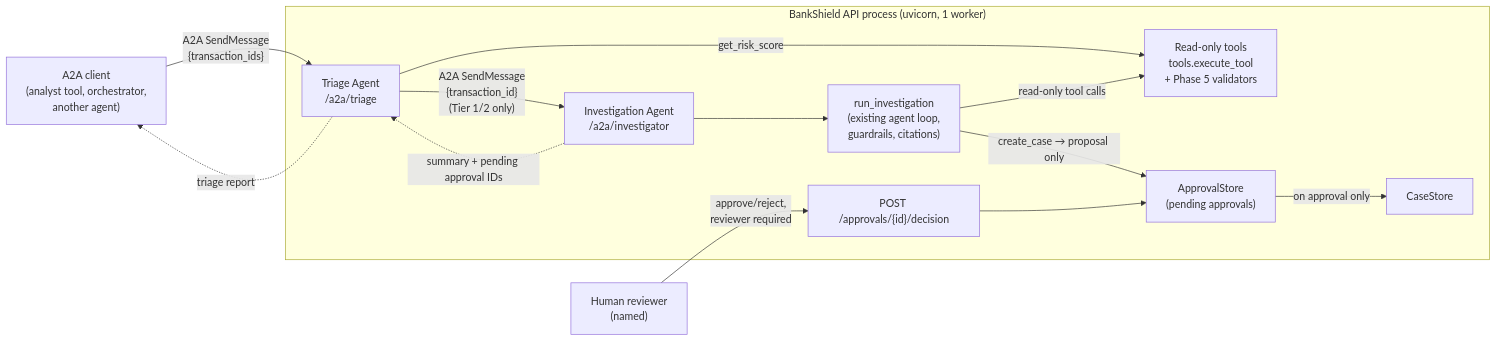
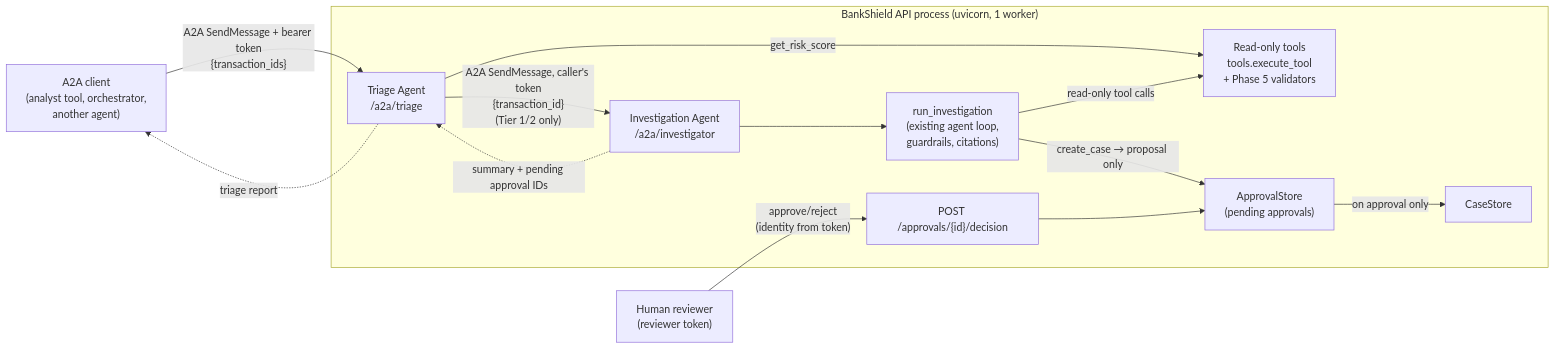
Before and after one commit to Danyy41/bankshield-ai: the first of 2 diagrams in README.md, drawn with Mermaid. The commit also changed other lines of this file and 38 other files, not shown here.

````diff
--- a/README.md
+++ b/README.md
@@ -983,27 +1006,27 @@
 ```mermaid
 flowchart LR
     caller["A2A client<br/>(analyst tool, orchestrator,<br/>another agent)"]
-    reviewer["Human reviewer<br/>(named)"]
+    reviewer["Human reviewer<br/>(reviewer token)"]
 
     subgraph api["BankShield API process (uvicorn, 1 worker)"]
         triage["Triage Agent<br/>/a2a/triage"]
         investigator["Investigation Agent<br/>/a2a/investigator"]
         tools["Read-only tools<br/>tools.execute_tool<br/>+ Phase 5 validators"]
         loop["run_investigation<br/>(existing agent loop,<br/>guardrails, citations)"]
         gate["ApprovalStore<br/>(pending approvals)"]
         cases["CaseStore"]
         decision["POST /approvals/{id}/decision"]
     end
 
-    caller -- "A2A SendMessage<br/>{transaction_ids}" --> triage
+    caller -- "A2A SendMessage + bearer token<br/>{transaction_ids}" --> triage
     triage -- "get_risk_score" --> tools
-    triage -- "A2A SendMessage<br/>{transaction_id}<br/>(Tier 1/2 only)" --> investigator
+    triage -- "A2A SendMessage, caller's token<br/>{transaction_id}<br/>(Tier 1/2 only)" --> investigator
     investigator --> loop
     loop -- "read-only tool calls" --> tools
     loop -- "create_case → proposal only" --> gate
     investigator -. "summary + pending approval IDs" .-> triage
     triage -. "triage report" .-> caller
-    reviewer -- "approve/reject,<br/>reviewer required" --> decision
+    reviewer -- "approve/reject<br/>(identity from token)" --> decision
     decision --> gate
     gate -- "on approval only" --> cases
 ```
````
